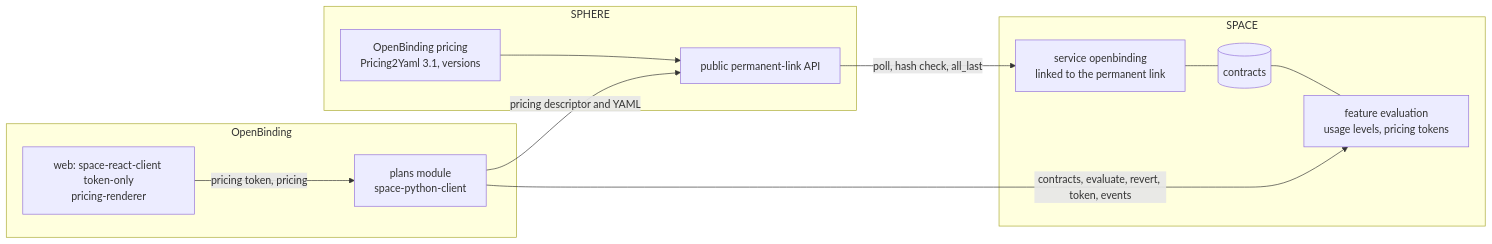
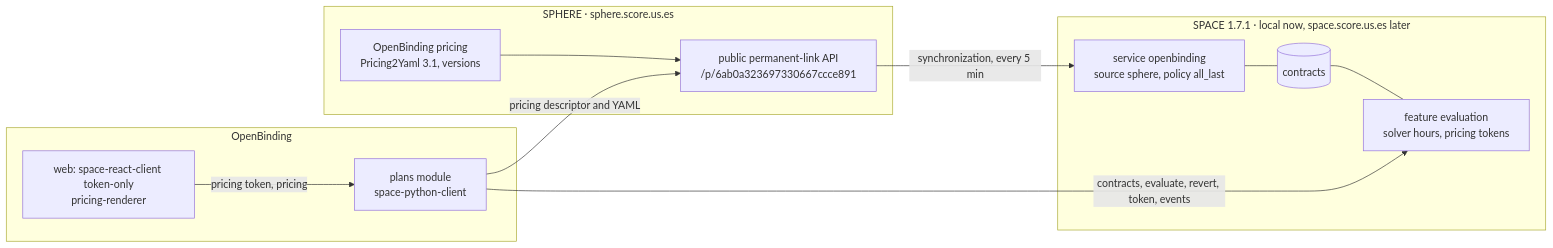
The sixth of 6 diagrams in docs/ARCHITECTURE.md (isa-group/OpenBinding), drawn with Mermaid before and after one commit. The commit also changed other lines of this file and 11 other files, not shown here.

First line of the commit message:
docs(architecture): align architecture, roadmap and agent guide with the smaller platform

````diff
--- a/docs/ARCHITECTURE.md
+++ b/docs/ARCHITECTURE.md
@@ -399,22 +461,22 @@
 ```mermaid
 flowchart LR
-  subgraph SPHERE
+  subgraph SPHS["SPHERE · sphere.score.us.es"]
     PR[OpenBinding pricing<br/>Pricing2Yaml 3.1, versions]
-    PL[public permanent-link API]
+    PL[public permanent-link API<br/>/p/6ab0a323697330667ccce891]
   end
-  subgraph SPACE
-    SV[service openbinding<br/>linked to the permanent link]
+  subgraph SPAS["SPACE 1.7.1 · local now, space.score.us.es later"]
+    SV[service openbinding<br/>source sphere, policy all_last]
     CT[(contracts)]
-    EV[feature evaluation<br/>usage levels, pricing tokens]
+    EV[feature evaluation<br/>solver hours, pricing tokens]
   end
-  subgraph OpenBinding
+  subgraph OBS[OpenBinding]
     PM[plans module<br/>space-python-client]
     UI[web: space-react-client token-only<br/>pricing-renderer]
   end
   PR --> PL
-  PL -- poll, hash check, all_last --> SV
+  PL -- synchronization, every 5 min --> SV
   SV --- CT --- EV
   PM -- contracts, evaluate, revert, token, events --> EV
   PM -- pricing descriptor and YAML --> PL
   UI -- pricing token, pricing --> PM
 ```
````
